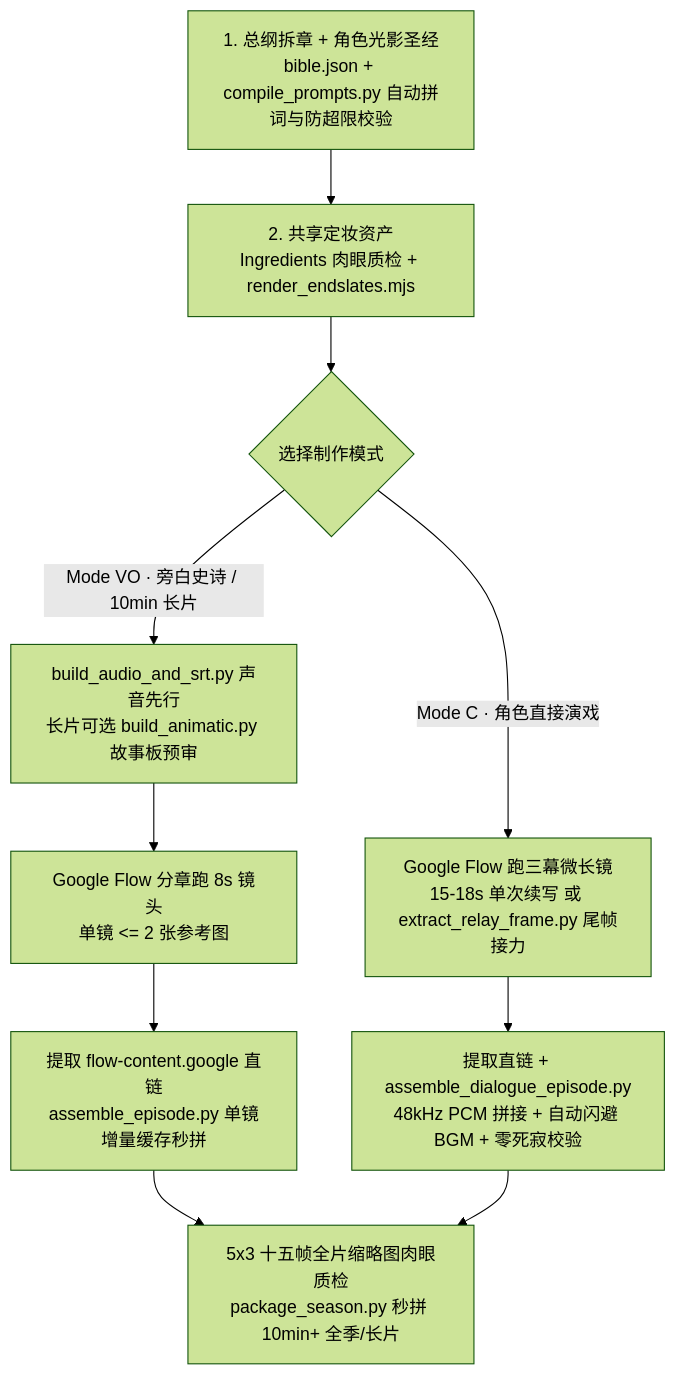
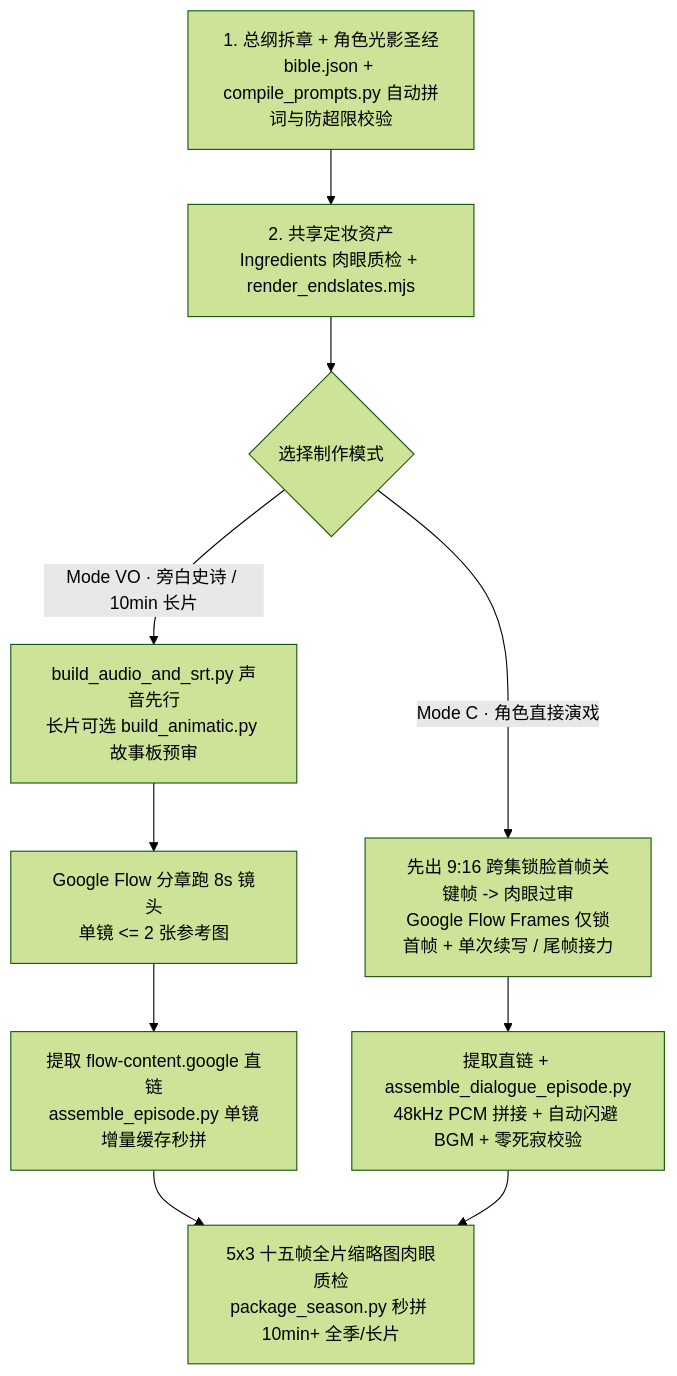
The diagram in SKILL.md (baryon/google-flow-story-video), drawn with Mermaid (forest theme) before and after one commit. The commit also changed other lines of this file and 1 other file, not shown here.

Commit message:
docs(skill): standardize Keyframe-First Flow Frames pipeline and startHasImg guard

````diff
--- a/SKILL.md
+++ b/SKILL.md
@@ -37,12 +37,12 @@
 ```mermaid
 flowchart TD
   Plan["1. 总纲拆章 + 角色光影圣经\nbible.json + compile_prompts.py 自动拼词与防超限校验"] --> Assets["2. 共享定妆资产\nIngredients 肉眼质检 + render_endslates.mjs"]
   Assets --> Mode{"选择制作模式"}
   Mode -->|"Mode VO · 旁白史诗 / 10min 长片"| VO1["build_audio_and_srt.py 声音先行\n长片可选 build_animatic.py 故事板预审"]
   VO1 --> VO2["Google Flow 分章跑 8s 镜头\n单镜 <= 2 张参考图"]
   VO2 --> VO3["提取 flow-content.google 直链\nassemble_episode.py 单镜增量缓存秒拼"]
-  Mode -->|"Mode C · 角色直接演戏"| C1["Google Flow 跑三幕微长镜\n15-18s 单次续写 或 extract_relay_frame.py 尾帧接力"]
+  Mode -->|"Mode C · 角色直接演戏"| C1["先出 9:16 跨集锁脸首帧关键帧 -> 肉眼过审\nGoogle Flow Frames 仅锁首帧 + 单次续写 / 尾帧接力"]
   C1 --> C2["提取直链 + assemble_dialogue_episode.py\n48kHz PCM 拼接 + 自动闪避 BGM + 零死寂校验"]
   VO3 --> QA["5x3 十五帧全片缩略图肉眼质检\npackage_season.py 秒拼 10min+ 全季/长片"]
   C2 --> QA
 ```
````
